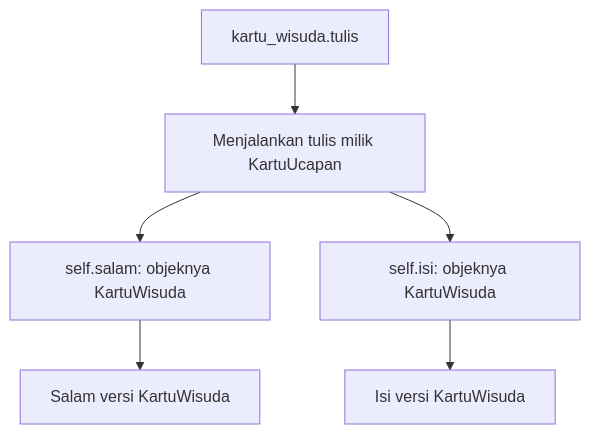
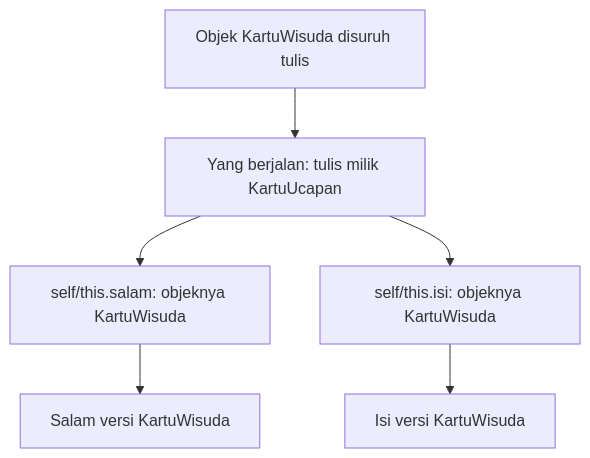
The fourth of 8 diagrams in Pertemuan-09-Polimorfisme/README.md (antonprafanto/PBO2026), drawn with Mermaid before and after one commit. The commit also changed other lines of this file and 291 other files, not shown here.

````diff
--- a/Pertemuan-09-Polimorfisme/README.md
+++ b/Pertemuan-09-Polimorfisme/README.md
@@ -264,8 +274,8 @@
 ```mermaid
 flowchart TD
-    A["kartu_wisuda.tulis"] --> B["Menjalankan tulis milik KartuUcapan"]
-    B --> C["self.salam: objeknya KartuWisuda"]
+    A["Objek KartuWisuda disuruh tulis"] --> B["Yang berjalan: tulis milik KartuUcapan"]
+    B --> C["self/this.salam: objeknya KartuWisuda"]
     C --> D["Salam versi KartuWisuda"]
-    B --> E["self.isi: objeknya KartuWisuda"]
+    B --> E["self/this.isi: objeknya KartuWisuda"]
     E --> F["Isi versi KartuWisuda"]
 ```
````
